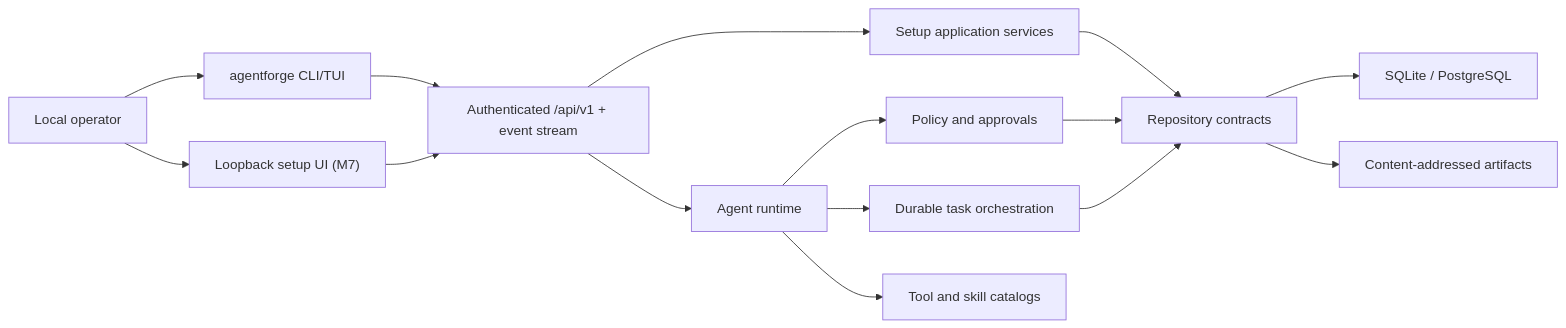
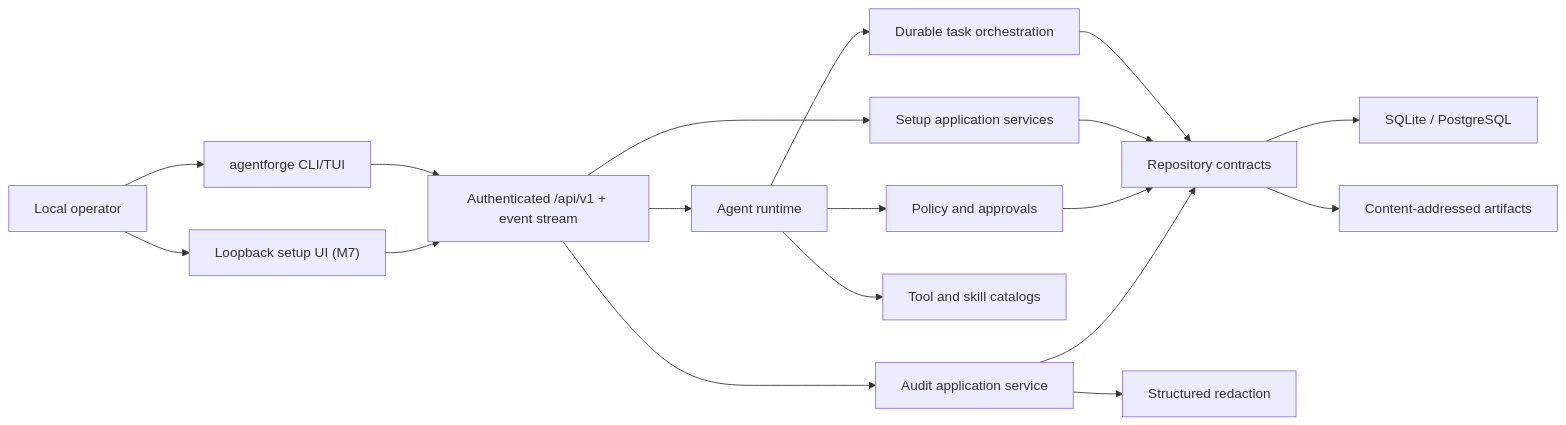
One commit to helmutsreinis/AgentForge changed the first of 2 diagrams in docs/ARCHITECTURE.md. Above: the diagram before and after it, drawn with Mermaid. The commit also changed other lines of this file and 41 other files, not shown here.

````diff
--- a/docs/ARCHITECTURE.md
+++ b/docs/ARCHITECTURE.md
@@ -10,17 +10,20 @@
 ```mermaid
 flowchart LR
   Operator["Local operator"] --> CLI["agentforge CLI/TUI"]
   Operator --> Web["Loopback setup UI (M7)"]
   CLI --> API["Authenticated /api/v1 + event stream"]
   Web --> API
   API --> Setup["Setup application services"]
   API --> Runtime["Agent runtime"]
   Runtime --> Policy["Policy and approvals"]
   Runtime --> Orchestration["Durable task orchestration"]
   Runtime --> Catalogs["Tool and skill catalogs"]
   Orchestration --> Persistence["Repository contracts"]
   Setup --> Persistence
   Policy --> Persistence
+  API --> Audit["Audit application service"]
+  Audit --> Redaction["Structured redaction"]
+  Audit --> Persistence
   Persistence --> SQLite["SQLite / PostgreSQL"]
   Persistence --> Artifacts["Content-addressed artifacts"]
 ```
````
